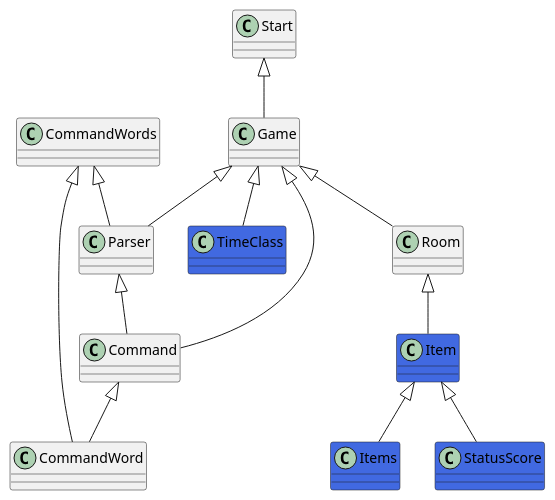
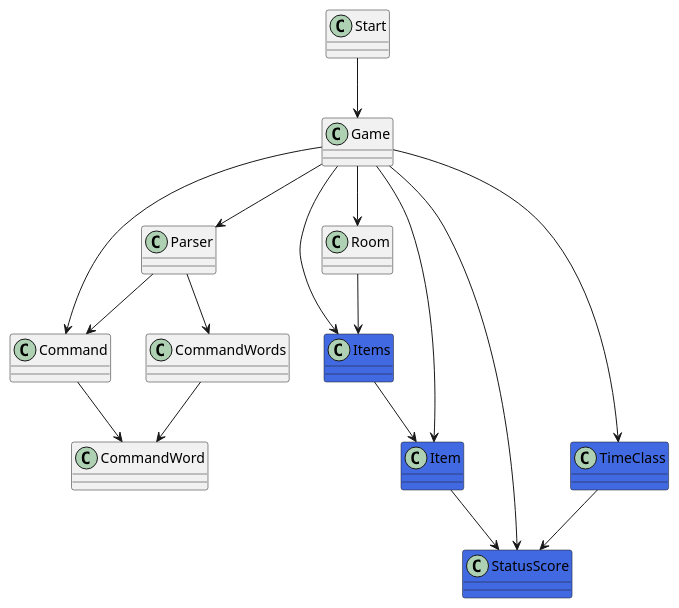
The diagram in UML/plant UML 1. ITERATION.puml (Oliver-Heine/SDU-T4-4), drawn with PlantUML before and after one commit. The commit also changed 1 other file, not shown here.

```diff
--- a/UML/plant UML 1. ITERATION.puml
+++ b/UML/plant UML 1. ITERATION.puml
@@ -1,59 +1,75 @@
 @startuml
 
-Start <|-- Game
-Game <|-- Command
-Game <|-- Room
-Game <|-- Parser
-Game <|-- TimeClass
-Parser <|-- Command
-CommandWords <|-- Parser
-CommandWords <|-- CommandWord
-Room <|-- Item
-Item <|-- Items
-Item <|-- StatusScore
-Command <|-- CommandWord
+class Start
+class Game
+class Command
+class CommandWords
+class Parser
+class Room
+Enum CommandWord
+class TimeClass
+class StatusScore
+class Item
+class Items
+
+Start --> Game
+Game --> Command
+Game --> Item
+Game --> Items
+Game --> Room
+Game --> Parser
+Game --> TimeClass
+Game --> StatusScore
+Parser --> Command
+Parser --> CommandWords
+CommandWords --> CommandWord
+Room --> Items
+Item --> StatusScore
+Items --> Item
+Command --> CommandWord
+TimeClass --> StatusScore
 
 Class Command{
 
 }
 
 Class CommandWord {
 
 }
 
 Class CommandWords{
 
 }
 
 Class Game{
 
 }
 
 Class Item #4169E1{
 
 }
 
 Class Parser{
 
 }
 
 Class Room{
 
 }
 
 Class Start{
 
 }
 
 Class StatusScore #4169E1{
 
 }
 
 Class TimeClass #4169E1{
 
 }
 
 Class Items #4169E1{
 
 }
 @enduml
```
